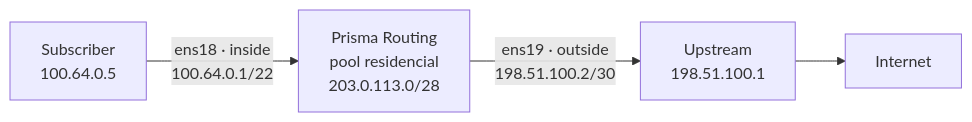
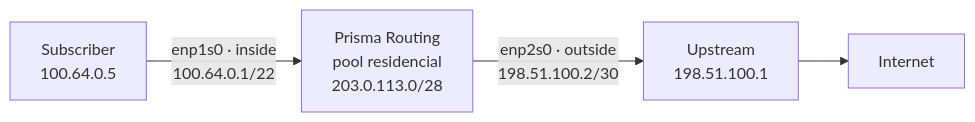
One commit to andrediashexa/prismarouting changed the first of 2 diagrams in wiki/start-here/configure-cgnat-step-by-step.md. Above: the diagram before and after it, drawn with Mermaid. The commit also changed other lines of this file and 73 other files, not shown here.

````diff
--- a/wiki/start-here/configure-cgnat-step-by-step.md
+++ b/wiki/start-here/configure-cgnat-step-by-step.md
@@ -7,6 +7,6 @@
 ```mermaid
 flowchart LR
-    S["Subscriber<br/>100.64.0.5"] -->|"ens18 · inside<br/>100.64.0.1/22"| B["Prisma Routing<br/>pool residencial<br/>203.0.113.0/28"]
-    B -->|"ens19 · outside<br/>198.51.100.2/30"| U["Upstream<br/>198.51.100.1"]
+    S["Subscriber<br/>100.64.0.5"] -->|"enp1s0 · inside<br/>100.64.0.1/22"| B["Prisma Routing<br/>pool residencial<br/>203.0.113.0/28"]
+    B -->|"enp2s0 · outside<br/>198.51.100.2/30"| U["Upstream<br/>198.51.100.1"]
     U --> I["Internet"]
 ```
````
